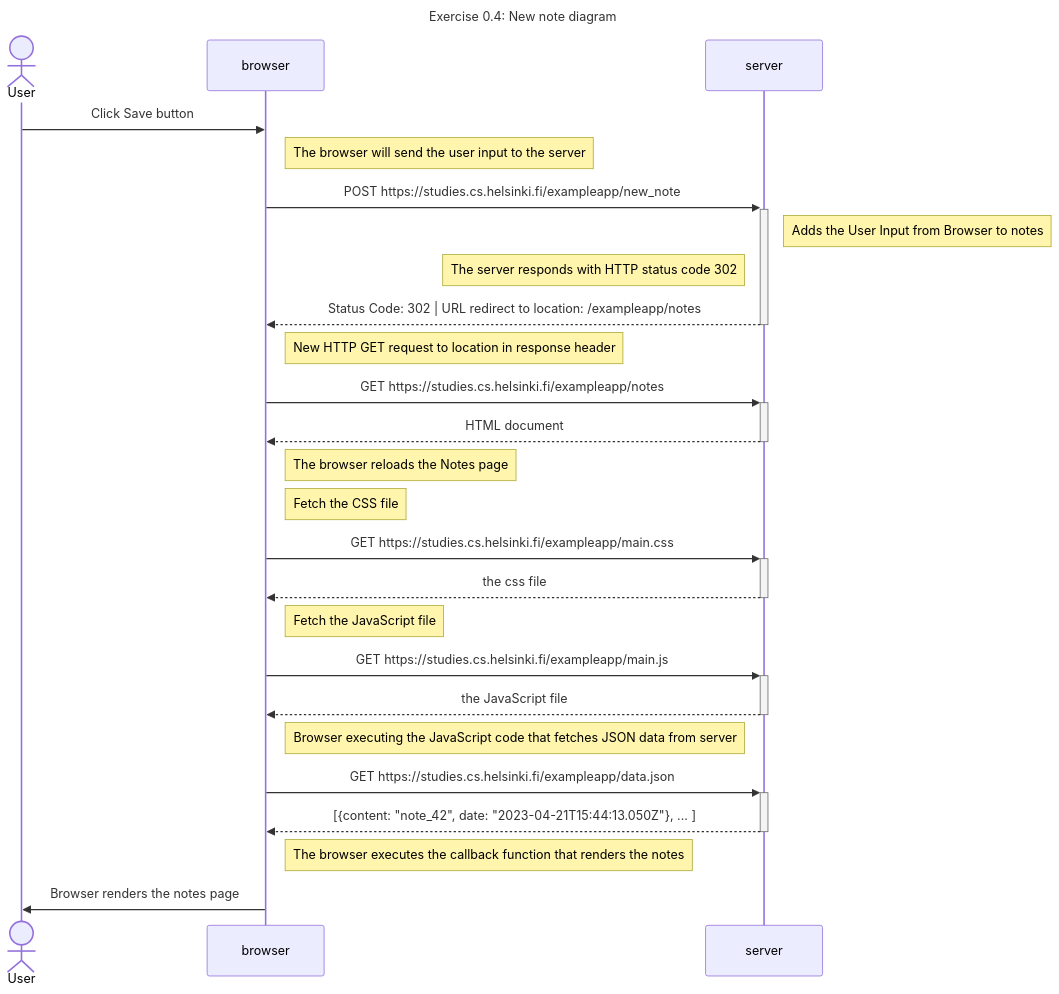
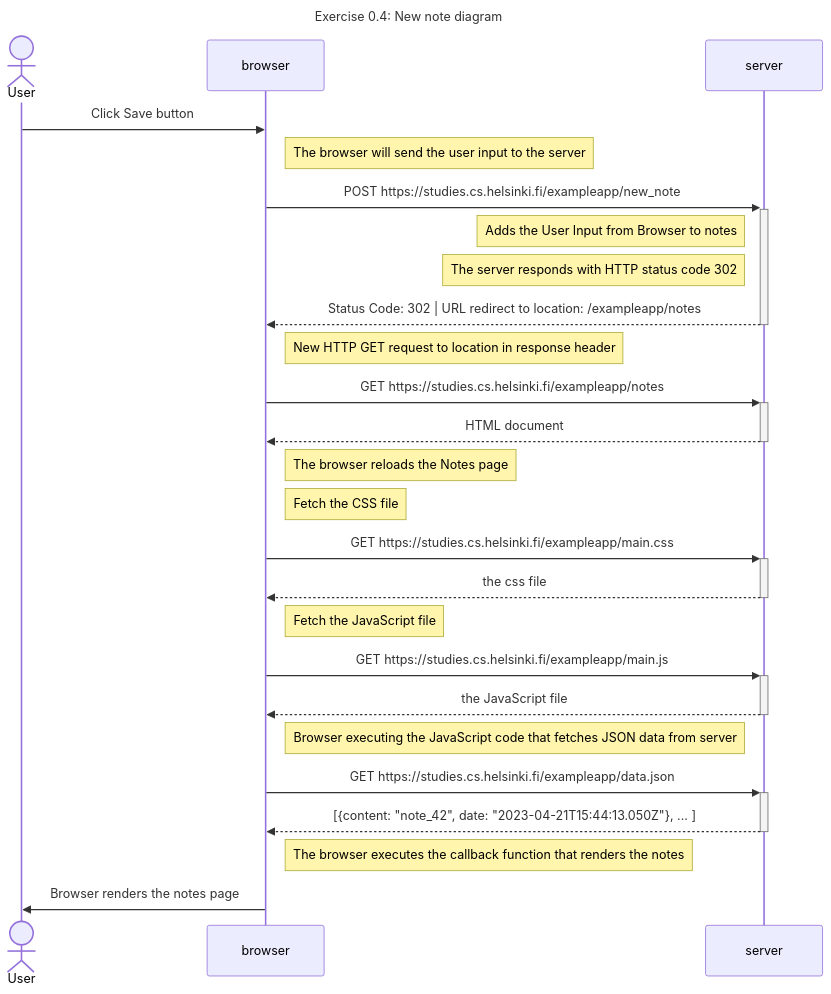
The diagram in part0/0.4_NewNoteDiagram.md (azriel-stephen/fullstack-open), drawn with Mermaid before and after one commit.

Commit message:
0.4 orientation correction

````diff
--- a/part0/0.4_NewNoteDiagram.md
+++ b/part0/0.4_NewNoteDiagram.md
@@ -1,33 +1,33 @@
 ```mermaid
 sequenceDiagram
     title: Exercise 0.4: New note diagram
     actor User
     participant browser
     User ->> browser: Click Save button
 
     note right of browser:  The browser will send the user input to the server
     browser->>+server: POST https://studies.cs.helsinki.fi/exampleapp/new_note
-    note right of server: Adds the User Input from Browser to notes
+    note left of server: Adds the User Input from Browser to notes
     note left of server: The server responds with HTTP status code 302
     server-->>-browser: Status Code: 302 | URL redirect to location: /exampleapp/notes
 
     note right of browser: New HTTP GET request to location in response header
     browser->>+server: GET https://studies.cs.helsinki.fi/exampleapp/notes
     server-->>-browser: HTML document
 
     note right of browser: The browser reloads the Notes page 
     note right of browser: Fetch the CSS file
     browser->>+server: GET https://studies.cs.helsinki.fi/exampleapp/main.css
     server-->>-browser: the css file
 
     note right of browser: Fetch the JavaScript file
     browser->>+server: GET https://studies.cs.helsinki.fi/exampleapp/main.js
     server-->>-browser: the JavaScript file
 
     Note right of browser: Browser executing the JavaScript code that fetches JSON data from server
     browser->>+server: GET https://studies.cs.helsinki.fi/exampleapp/data.json
     server-->>-browser: [{content: "note_42", date: "2023-04-21T15:44:13.050Z"}, ... ]
 
     Note right of browser: The browser executes the callback function that renders the notes
     browser->> User: Browser renders the notes page
 ```
````
